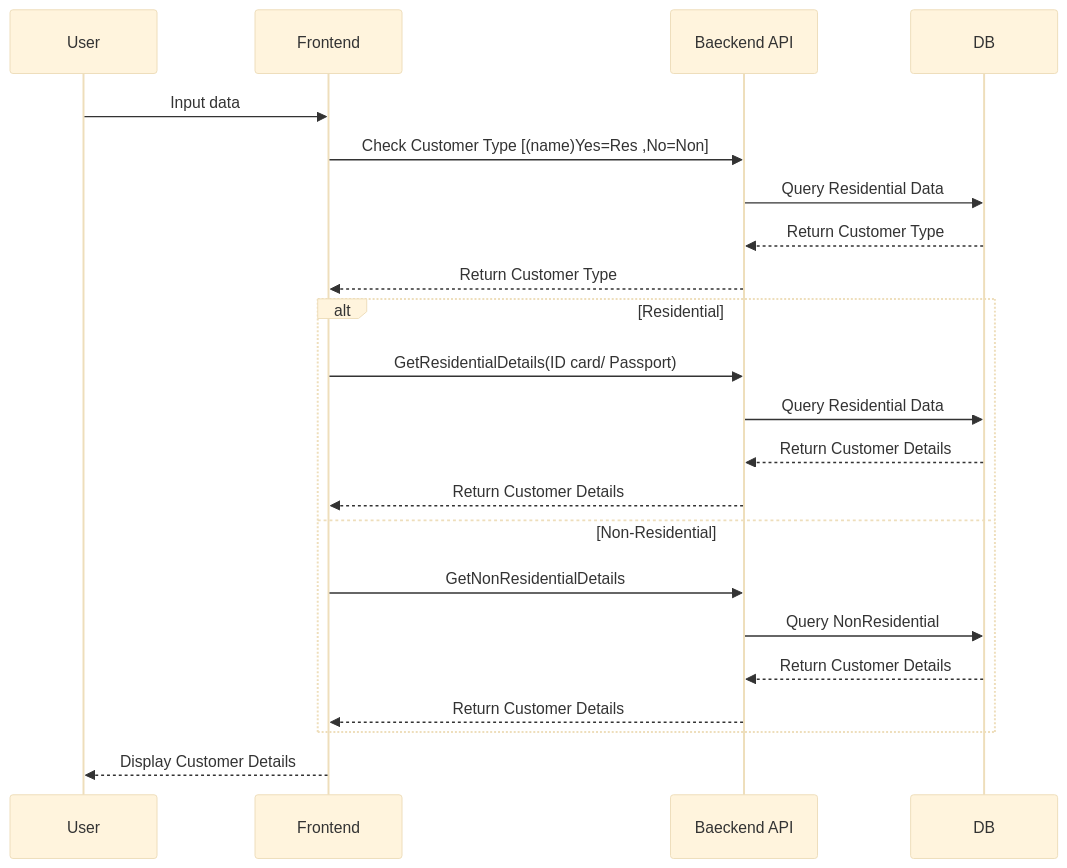
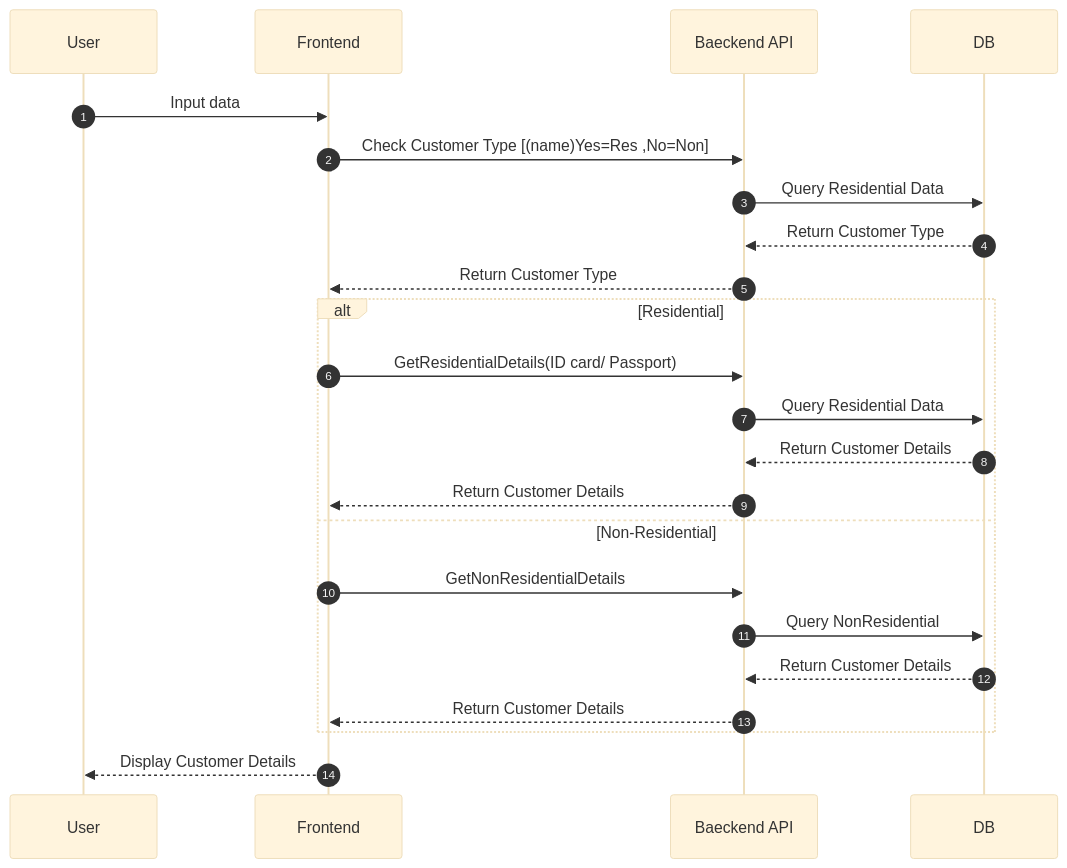
Before and after one commit to nalathip112/mermaid-diagram-design: the first of 3 diagrams in README.md, drawn with Mermaid (base theme). The commit also changed other lines of this file, not shown here.

````diff
--- a/README.md
+++ b/README.md
@@ -2,21 +2,22 @@
 ``` mermaid
 sequenceDiagram
+autonumber
 User->>Frontend: Input data
 Frontend->>Baeckend API: Check Customer Type [(name)Yes=Res ,No=Non]
 Baeckend API->>DB: Query Residential Data
 DB-->>Baeckend API: Return Customer Type
 Baeckend API-->>Frontend:  Return Customer Type
 
 alt Residential
   Frontend->>Baeckend API: GetResidentialDetails(ID card/ Passport)
   Baeckend API->>DB: Query Residential Data
   DB-->>Baeckend API: Return Customer Details
   Baeckend API-->>Frontend: Return Customer Details
 else Non-Residential
   Frontend->>Baeckend API: GetNonResidentialDetails
   Baeckend API->>DB: Query NonResidential 
   DB-->>Baeckend API: Return Customer Details
   Baeckend API-->>Frontend: Return Customer Details
 end
 Frontend-->>User: Display Customer Details
 ```
````
